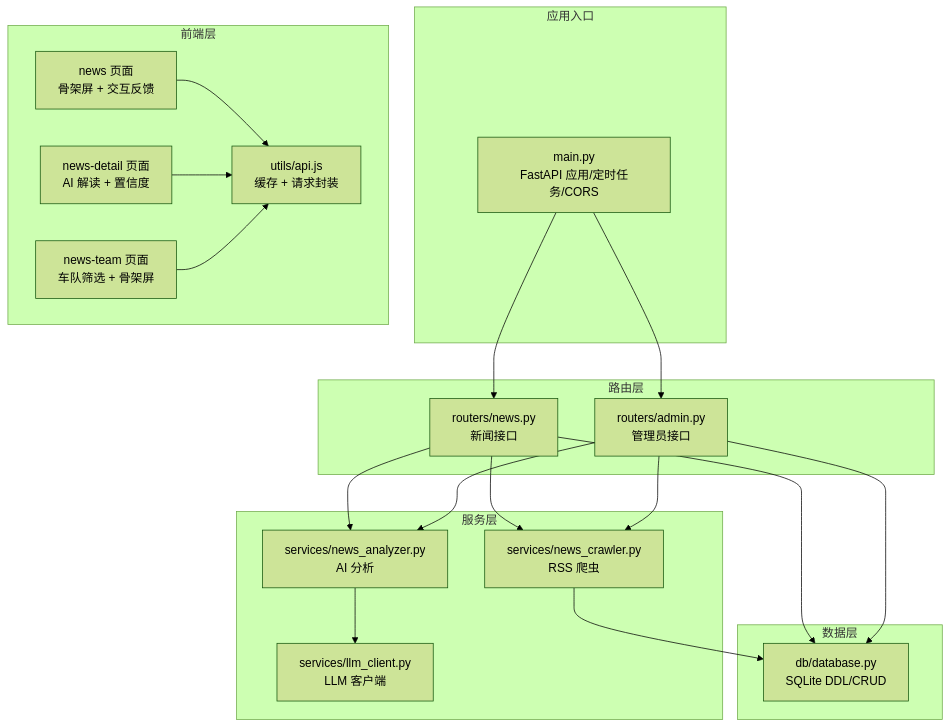
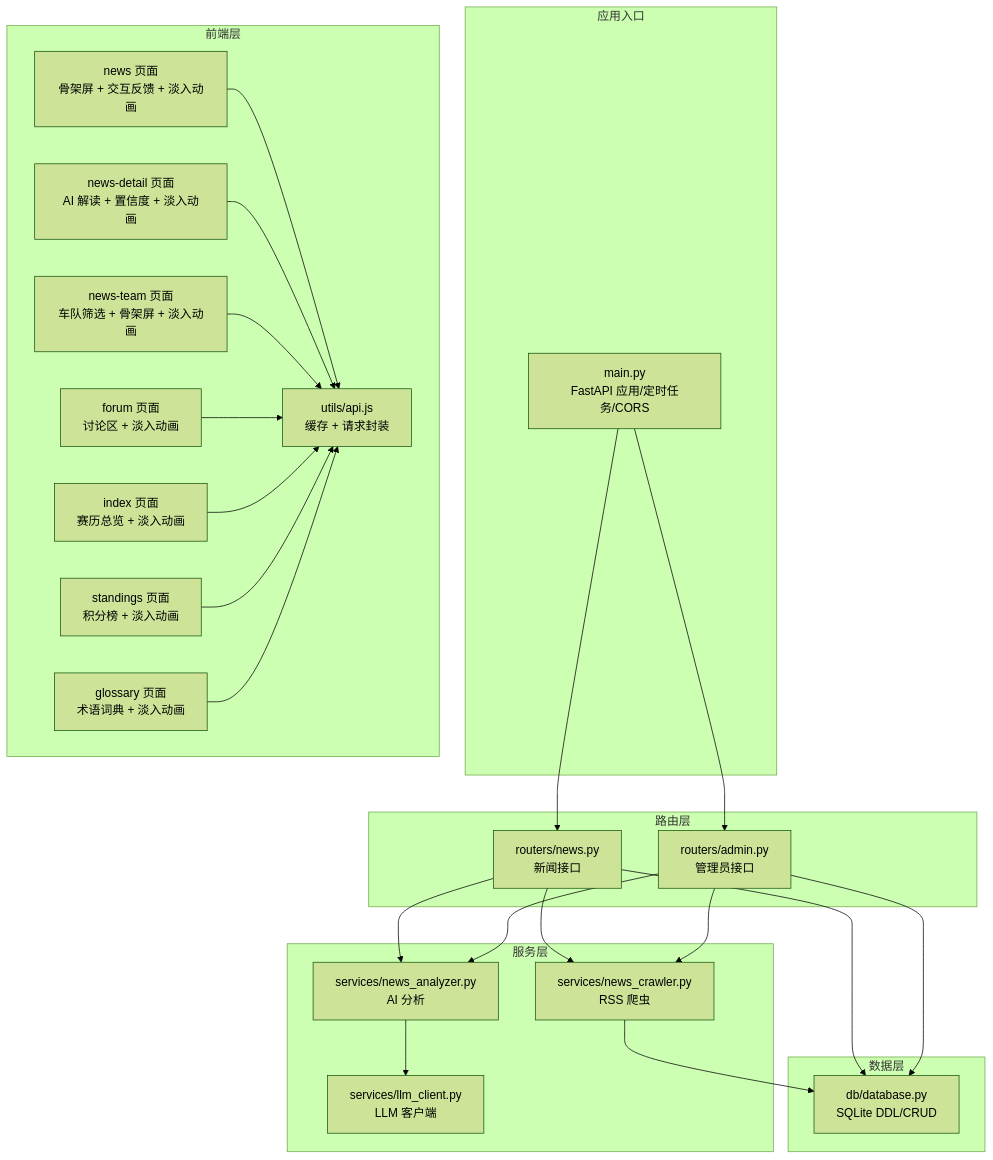
The first of 13 diagrams in .qoder/repowiki/zh/content/内容管理系统/新闻系统.md (jianai0330/Fast-F1), drawn with Mermaid (forest theme) before and after one commit. The commit also changed other lines of this file and 22 other files, not shown here.

````diff
--- a/.qoder/repowiki/zh/content/内容管理系统/新闻系统.md
+++ b/.qoder/repowiki/zh/content/内容管理系统/新闻系统.md
@@ -56,37 +72,45 @@
 ```mermaid
 graph TB
 subgraph "应用入口"
 M["main.py<br/>FastAPI 应用/定时任务/CORS"]
 end
 subgraph "路由层"
 RN["routers/news.py<br/>新闻接口"]
 RA["routers/admin.py<br/>管理员接口"]
 end
 subgraph "服务层"
 SC["services/news_crawler.py<br/>RSS 爬虫"]
 SA["services/news_analyzer.py<br/>AI 分析"]
 LC["services/llm_client.py<br/>LLM 客户端"]
 end
 subgraph "数据层"
 DB["db/database.py<br/>SQLite DDL/CRUD"]
 end
 subgraph "前端层"
-N["news 页面<br/>骨架屏 + 交互反馈"]
-ND["news-detail 页面<br/>AI 解读 + 置信度"]
-NT["news-team 页面<br/>车队筛选 + 骨架屏"]
+N["news 页面<br/>骨架屏 + 交互反馈 + 淡入动画"]
+ND["news-detail 页面<br/>AI 解读 + 置信度 + 淡入动画"]
+NT["news-team 页面<br/>车队筛选 + 骨架屏 + 淡入动画"]
+F["forum 页面<br/>讨论区 + 淡入动画"]
+I["index 页面<br/>赛历总览 + 淡入动画"]
+S["standings 页面<br/>积分榜 + 淡入动画"]
+G["glossary 页面<br/>术语词典 + 淡入动画"]
 API["utils/api.js<br/>缓存 + 请求封装"]
 end
 M --> RN
 M --> RA
 RN --> SC
 RN --> SA
 RA --> SC
 RA --> SA
 SA --> LC
 RN --> DB
 RA --> DB
 SC --> DB
 N --> API
 ND --> API
 NT --> API
+F --> API
+I --> API
+S --> API
+G --> API
 ```
````
